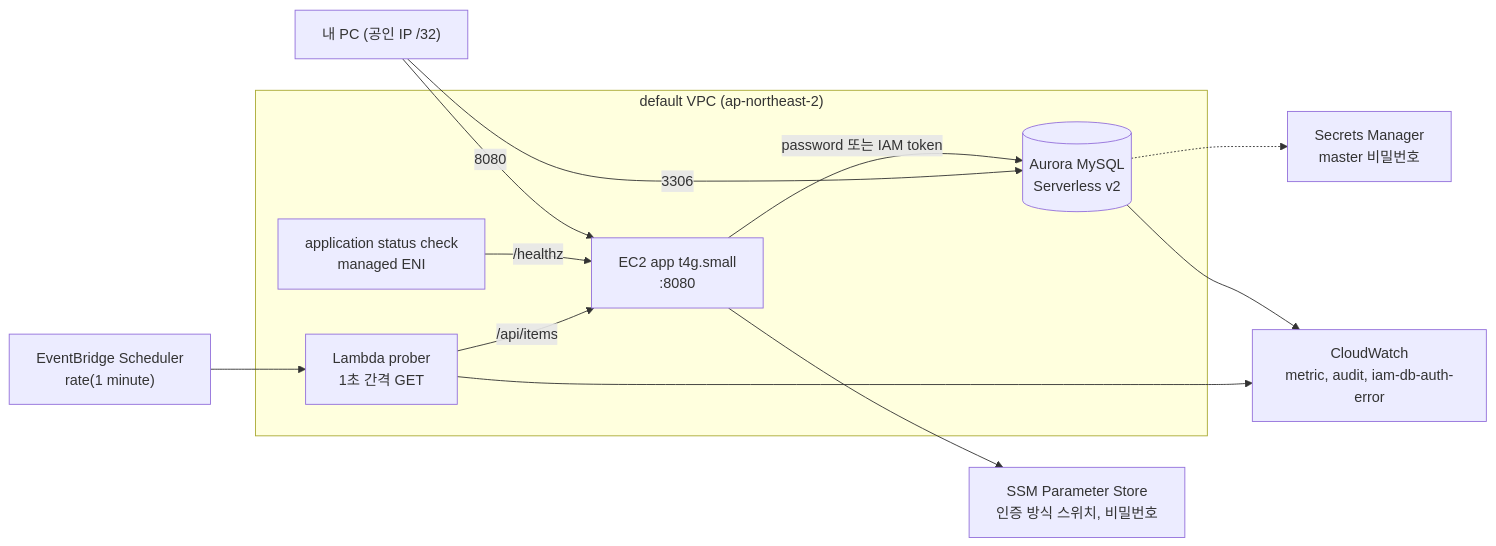
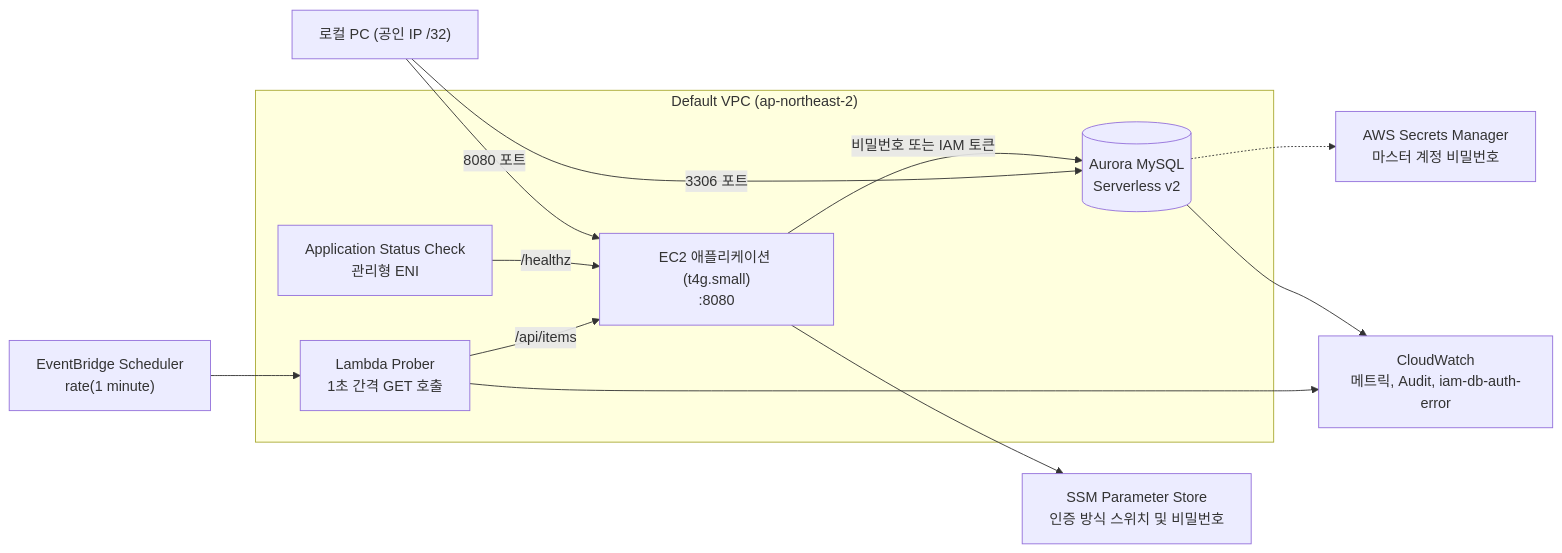
One commit to choisungwook/portfolio changed the diagram in aws/rds/aurora-iam-auth/README.md. Above: the diagram before and after it, drawn with Mermaid. The commit also changed other lines of this file and 8 other files, not shown here.

````diff
--- a/aws/rds/aurora-iam-auth/README.md
+++ b/aws/rds/aurora-iam-auth/README.md
@@ -11,25 +13,25 @@
 ```mermaid
 flowchart LR
-  ME["내 PC (공인 IP /32)"]
+  ME["로컬 PC (공인 IP /32)"]
   SCHED["EventBridge Scheduler<br/>rate(1 minute)"]
-  subgraph VPC["default VPC (ap-northeast-2)"]
-    PROBER["Lambda prober<br/>1초 간격 GET"]
-    ASC["application status check<br/>managed ENI"]
-    APP["EC2 app t4g.small<br/>:8080"]
+  subgraph VPC["Default VPC (ap-northeast-2)"]
+    PROBER["Lambda Prober<br/>1초 간격 GET 호출"]
+    ASC["Application Status Check<br/>관리형 ENI"]
+    APP["EC2 애플리케이션 (t4g.small)<br/>:8080"]
     DB[("Aurora MySQL<br/>Serverless v2")]
   end
-  SSM["SSM Parameter Store<br/>인증 방식 스위치, 비밀번호"]
-  SM["Secrets Manager<br/>master 비밀번호"]
-  CW["CloudWatch<br/>metric, audit, iam-db-auth-error"]
+  SSM["SSM Parameter Store<br/>인증 방식 스위치 및 비밀번호"]
+  SM["AWS Secrets Manager<br/>마스터 계정 비밀번호"]
+  CW["CloudWatch<br/>메트릭, Audit, iam-db-auth-error"]
 
   SCHED --> PROBER
   PROBER -- "/api/items" --> APP
   ASC -- "/healthz" --> APP
-  ME -- "8080" --> APP
-  ME -- "3306" --> DB
-  APP -- "password 또는 IAM token" --> DB
+  ME -- "8080 포트" --> APP
+  ME -- "3306 포트" --> DB
+  APP -- "비밀번호 또는 IAM 토큰" --> DB
   APP --> SSM
   DB -.-> SM
   PROBER --> CW
   DB --> CW
 ```
````
